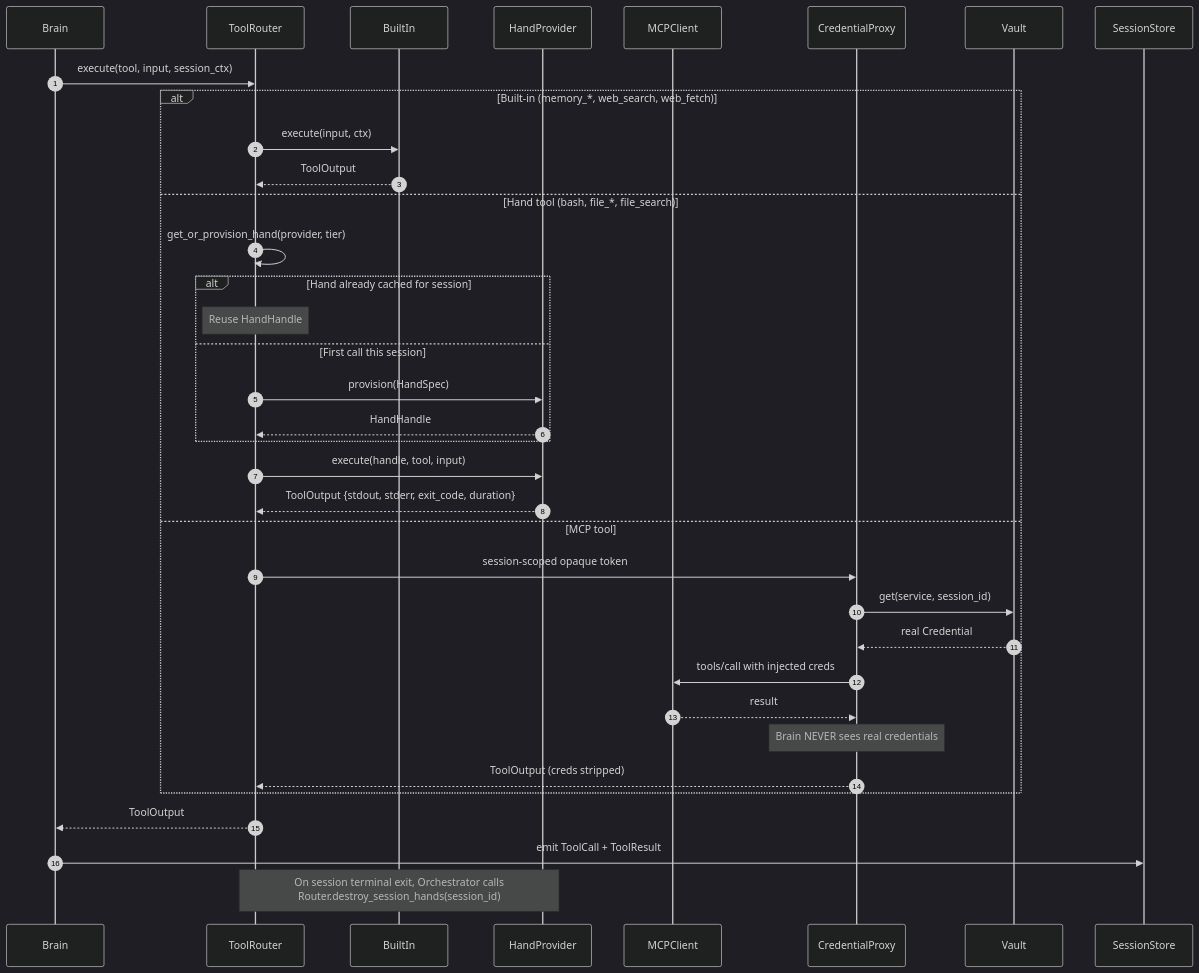
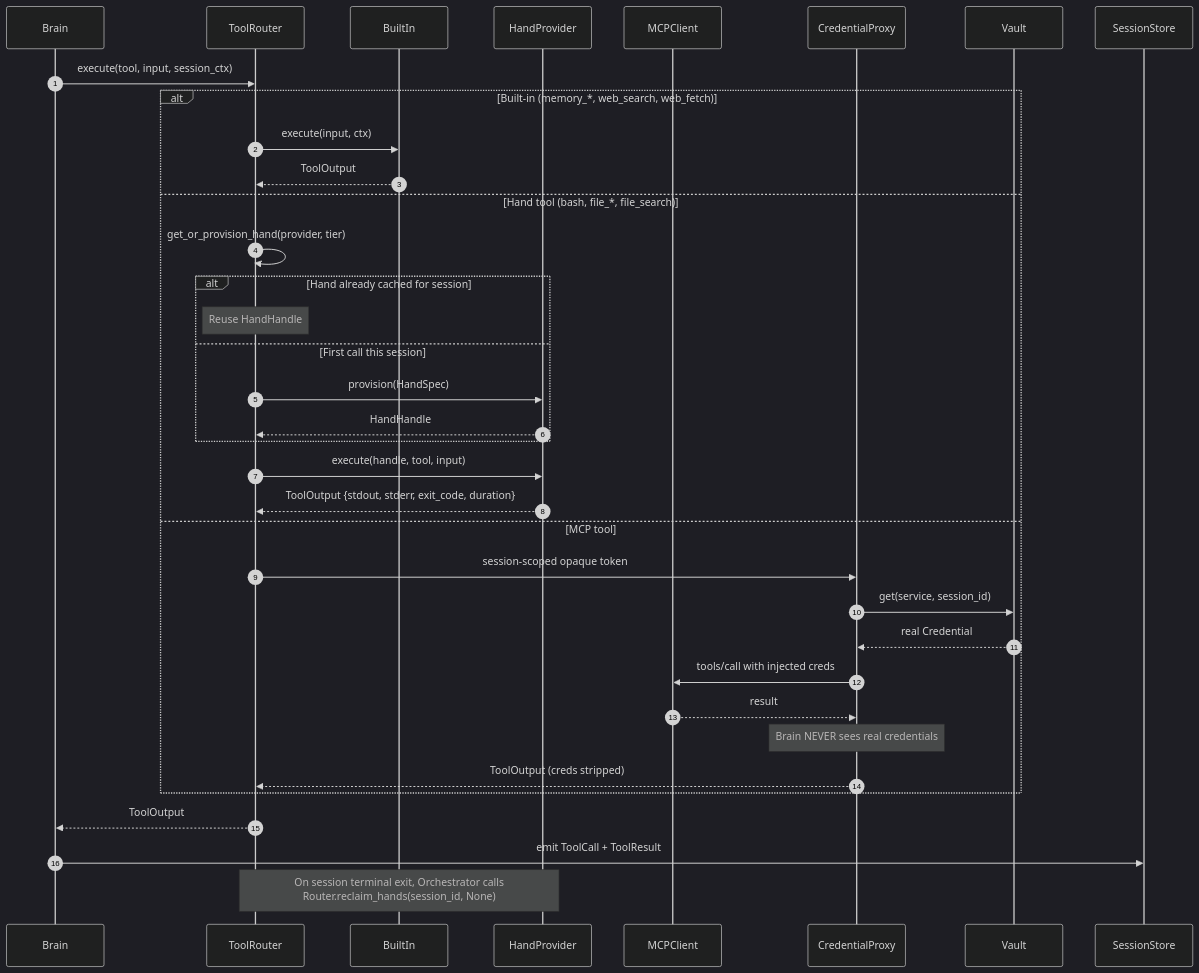
One commit to hwuiwon/moa changed the fifth of 14 diagrams in sequence-diagrams.md. Above: the diagram before and after it, drawn with Mermaid (dark theme). The commit also changed other lines of this file and 194 other files, not shown here.

````diff
--- a/sequence-diagrams.md
+++ b/sequence-diagrams.md
@@ -242,42 +242,42 @@
 ```mermaid
 sequenceDiagram
     autonumber
     participant Brain
     participant Router as ToolRouter
     participant BuiltIn
     participant Hand as HandProvider
     participant MCP as MCPClient
     participant Proxy as CredentialProxy
     participant Vault
     participant Log as SessionStore
 
     Brain->>Router: execute(tool, input, session_ctx)
 
     alt Built-in (memory_*, web_search, web_fetch)
         Router->>BuiltIn: execute(input, ctx)
         BuiltIn-->>Router: ToolOutput
     else Hand tool (bash, file_*, file_search)
         Router->>Router: get_or_provision_hand(provider, tier)
         alt Hand already cached for session
             Note over Router: Reuse HandHandle
         else First call this session
             Router->>Hand: provision(HandSpec)
             Hand-->>Router: HandHandle
         end
         Router->>Hand: execute(handle, tool, input)
         Hand-->>Router: ToolOutput {stdout, stderr, exit_code, duration}
     else MCP tool
         Router->>Proxy: session-scoped opaque token
         Proxy->>Vault: get(service, session_id)
         Vault-->>Proxy: real Credential
         Proxy->>MCP: tools/call with injected creds
         MCP-->>Proxy: result
         Note over Proxy: Brain NEVER sees real credentials
         Proxy-->>Router: ToolOutput (creds stripped)
     end
 
     Router-->>Brain: ToolOutput
     Brain->>Log: emit ToolCall + ToolResult
 
-    Note over Router,Hand: On session terminal exit, Orchestrator calls<br/>Router.destroy_session_hands(session_id)
+    Note over Router,Hand: On session terminal exit, Orchestrator calls<br/>Router.reclaim_hands(session_id, None)
 ```
````
